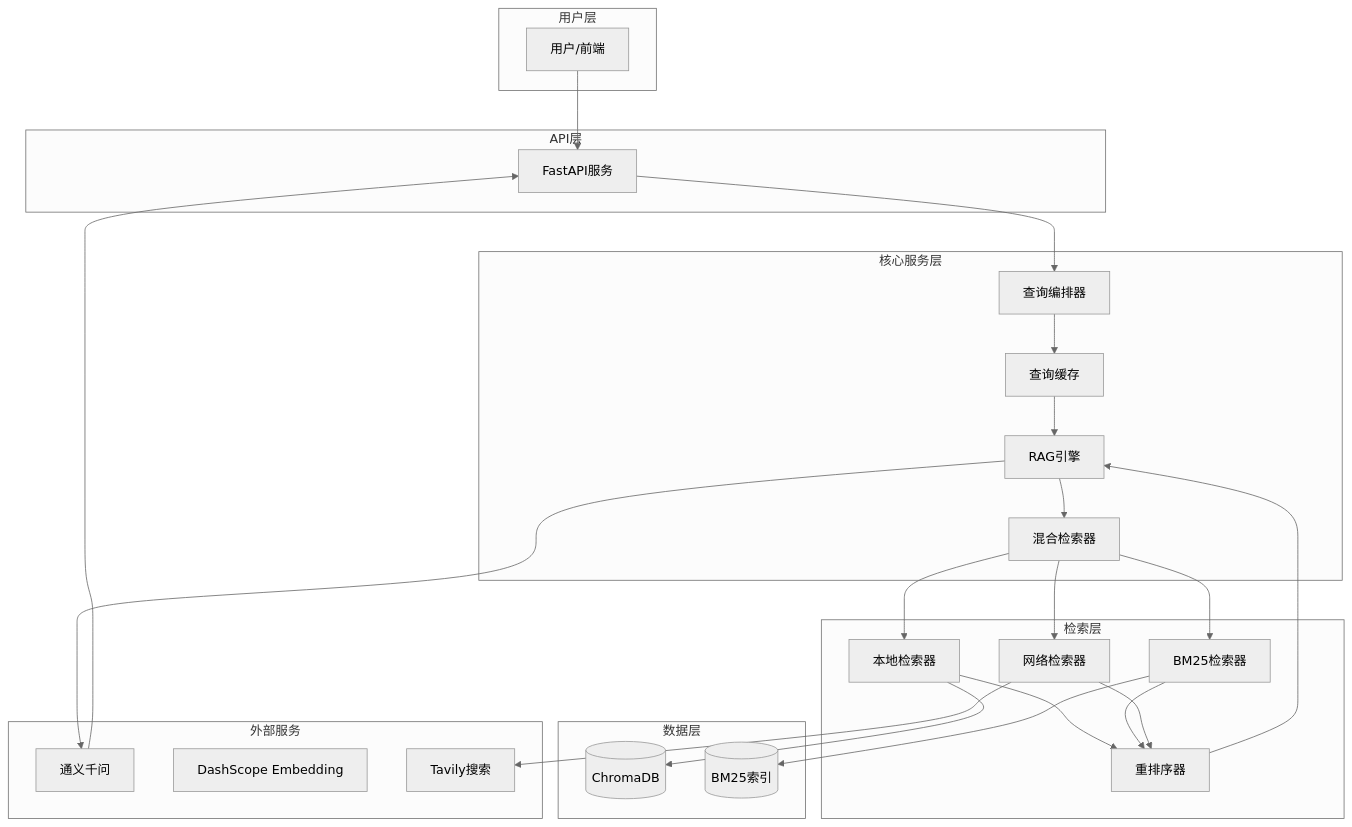
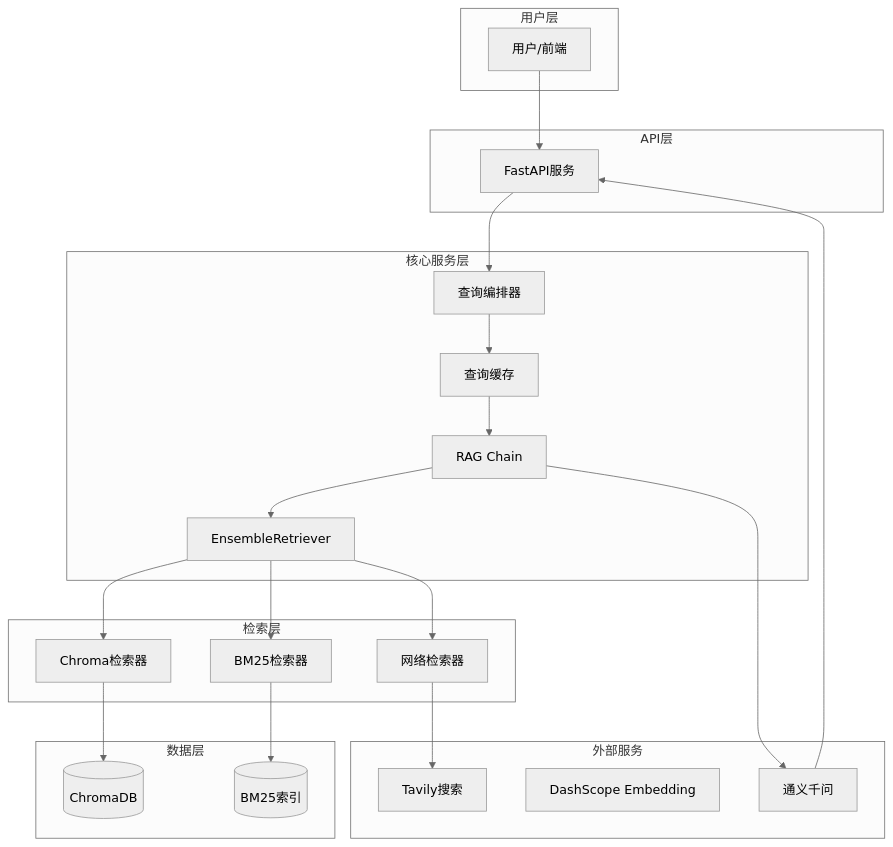
Before and after one commit to liuxinrongjinmu/ai_rag_Engineering_Quality_Inspection: the first of 2 diagrams in README.md, drawn with Mermaid (neutral theme). The commit also changed other lines of this file, not shown here.

````diff
--- a/README.md
+++ b/README.md
@@ -45,53 +46,48 @@
 ```mermaid
 graph TB
     subgraph 用户层
         U[用户/前端]
     end
     
     subgraph API层
         API[FastAPI服务]
     end
     
     subgraph 核心服务层
         ORCH[查询编排器]
-        RAG[RAG引擎]
-        HYBRID[混合检索器]
+        CHAIN[RAG Chain]
+        ENSEMBLE[EnsembleRetriever]
         CACHE[查询缓存]
     end
     
     subgraph 检索层
-        LOCAL[本地检索器]
+        CHROMA[Chroma检索器]
         BM25[BM25检索器]
         WEB[网络检索器]
-        RERANK[重排序器]
     end
     
     subgraph 数据层
         VDB[(ChromaDB)]
         BM25_IDX[(BM25索引)]
     end
     
     subgraph 外部服务
         LLM[通义千问]
         EMBED[DashScope Embedding]
         SEARCH[Tavily搜索]
     end
     
     U --> API
     API --> ORCH
     ORCH --> CACHE
-    CACHE --> RAG
-    RAG --> HYBRID
-    HYBRID --> LOCAL
-    HYBRID --> BM25
-    HYBRID --> WEB
-    LOCAL --> VDB
+    CACHE --> CHAIN
+    CHAIN --> ENSEMBLE
+    ENSEMBLE --> CHROMA
+    ENSEMBLE --> BM25
+    ENSEMBLE --> WEB
+    CHROMA --> VDB
     BM25 --> BM25_IDX
     WEB --> SEARCH
-    LOCAL --> RERANK
-    BM25 --> RERANK
-    WEB --> RERANK
-    RERANK --> RAG
-    RAG --> LLM
+    CHAIN --> LLM
     LLM --> API
 ```
````
